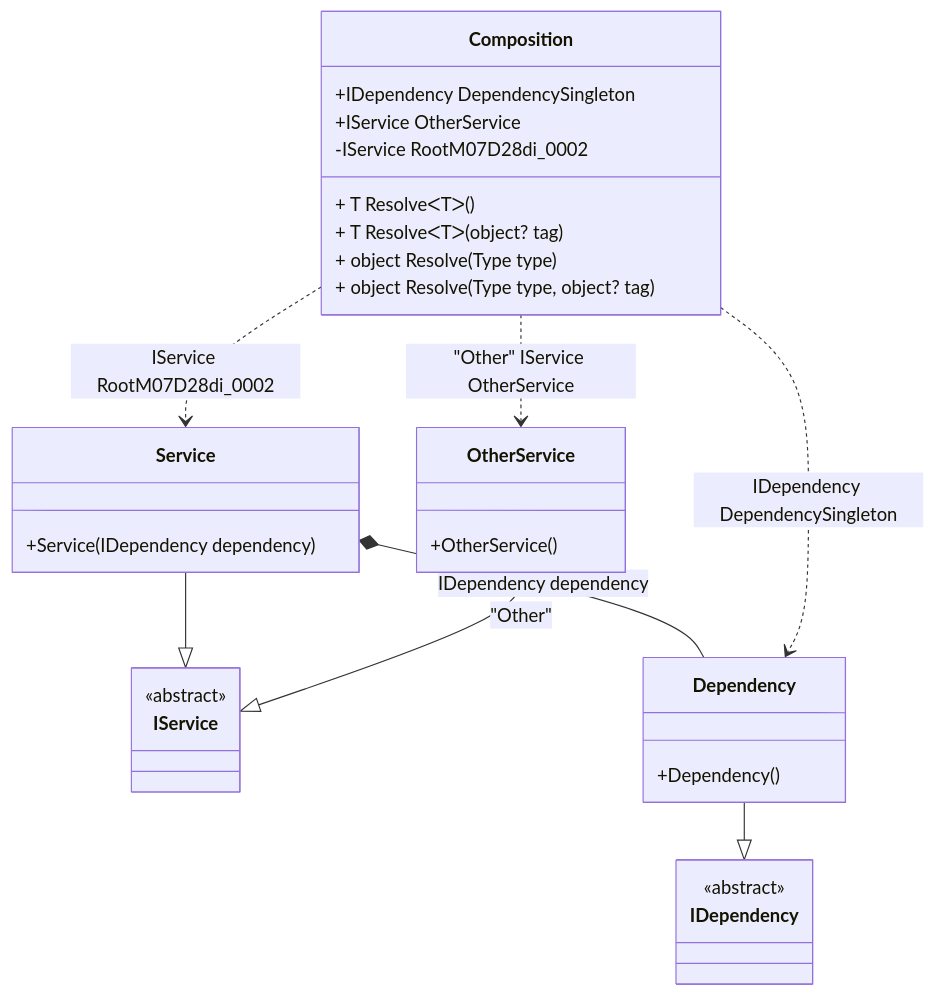
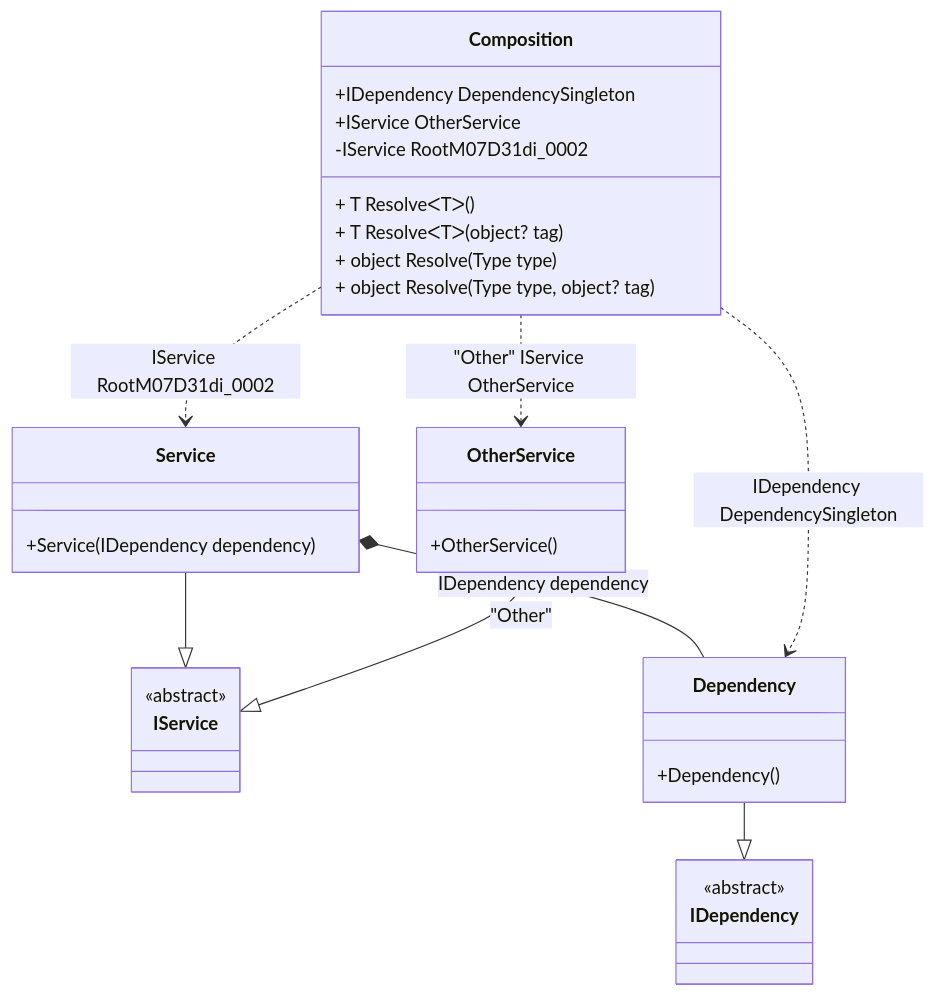
The diagram in readme/resolve-methods.md (DevTeam/Pure.DI), drawn with Mermaid before and after one commit. The commit also changed other lines of this file and 73 other files, not shown here.

````diff
--- a/readme/resolve-methods.md
+++ b/readme/resolve-methods.md
@@ -47,34 +47,34 @@
 ```mermaid
 classDiagram
   class Composition {
     +IDependency DependencySingleton
     +IService OtherService
-    -IService RootM07D28di_0002
+    -IService RootM07D31di_0002
     + T ResolveᐸTᐳ()
     + T ResolveᐸTᐳ(object? tag)
     + object Resolve(Type type)
     + object Resolve(Type type, object? tag)
   }
   Service --|> IService : 
   class Service {
     +Service(IDependency dependency)
   }
   Dependency --|> IDependency : 
   class Dependency {
     +Dependency()
   }
   OtherService --|> IService : "Other" 
   class OtherService {
     +OtherService()
   }
   class IService {
     <<abstract>>
   }
   class IDependency {
     <<abstract>>
   }
   Service *--  Dependency : IDependency dependency
   Composition ..> Dependency : IDependency DependencySingleton
-  Composition ..> Service : IService RootM07D28di_0002
+  Composition ..> Service : IService RootM07D31di_0002
   Composition ..> OtherService : "Other" IService OtherService
 ```
````
